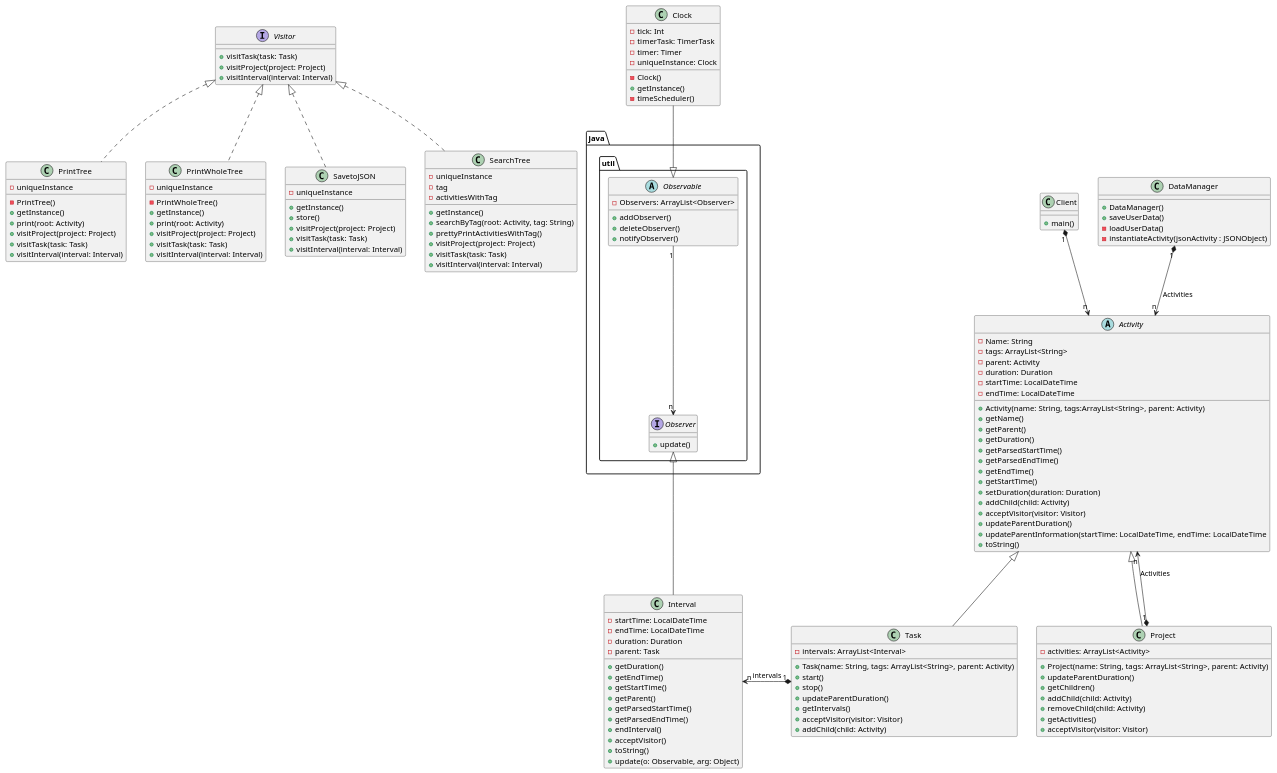
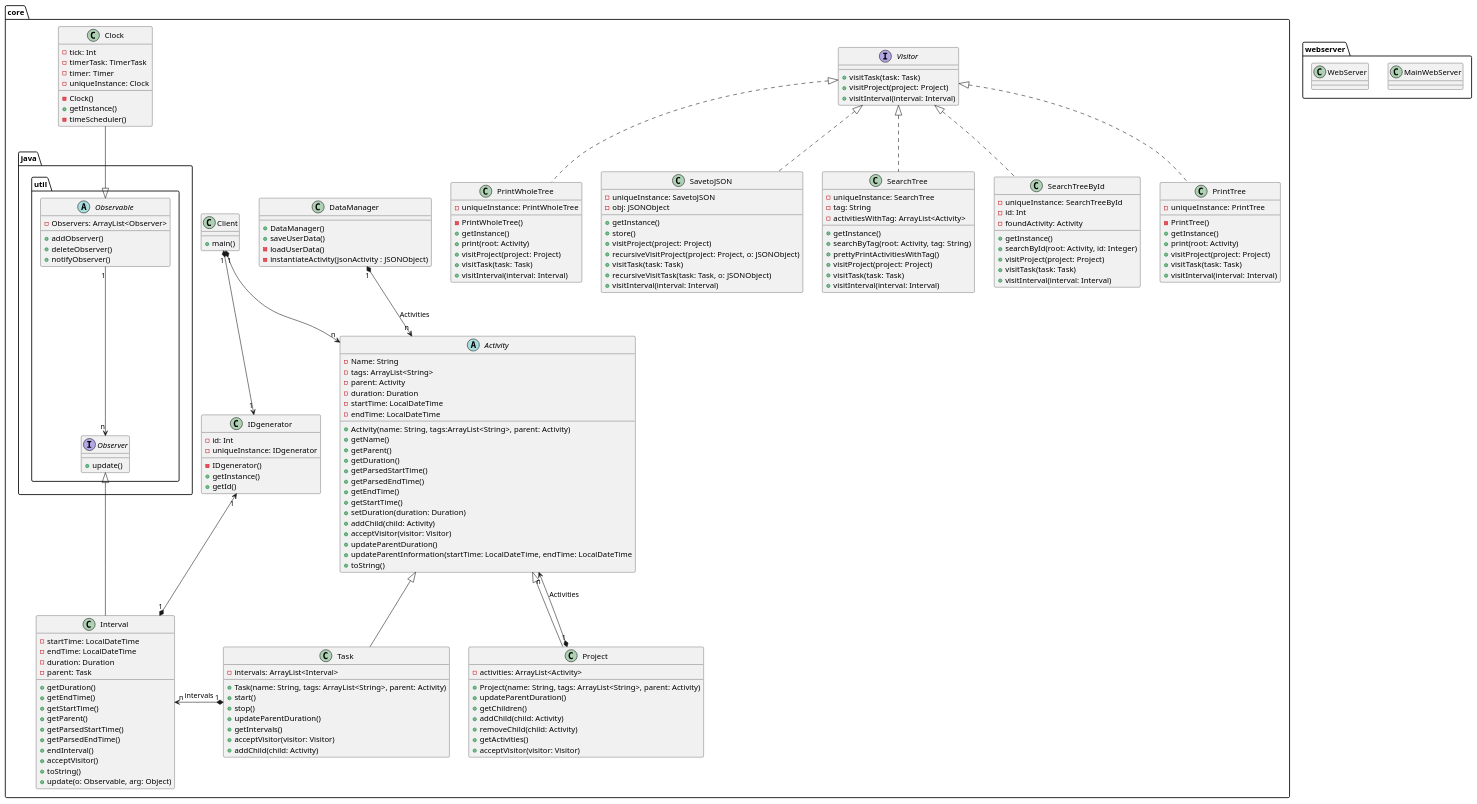
One commit to quimcamprubi/DS_Time_Tracker changed the diagram in Time_Tracker/DSTimeTracker.puml. Above: the diagram before and after it, drawn with PlantUML.

Commit message:
new puml

```diff
--- a/Time_Tracker/DSTimeTracker.puml
+++ b/Time_Tracker/DSTimeTracker.puml
@@ -1,160 +1,197 @@
 @startuml 
 
-
+package core <<Folder>> {
 abstract class Activity {
 - Name: String
 - tags: ArrayList<String>
 - parent: Activity
 - duration: Duration
 - startTime: LocalDateTime
 - endTime: LocalDateTime
 + Activity(name: String, tags:ArrayList<String>, parent: Activity)
 + getName()
 + getParent()
 + getDuration()
 + getParsedStartTime()
 + getParsedEndTime()
 + getEndTime()
 + getStartTime()
 + setDuration(duration: Duration)
 + addChild(child: Activity)
 + acceptVisitor(visitor: Visitor)
 + updateParentDuration()
 + updateParentInformation(startTime: LocalDateTime, endTime: LocalDateTime
 + toString()
 }
 
 class Project extends Activity {
 - activities: ArrayList<Activity>
 + Project(name: String, tags: ArrayList<String>, parent: Activity)
 + updateParentDuration()
 + getChildren()
 + addChild(child: Activity)
 + removeChild(child: Activity)
 + getActivities()
 + acceptVisitor(visitor: Visitor)
 }
 
 class Task extends Activity {
 - intervals: ArrayList<Interval>
 + Task(name: String, tags: ArrayList<String>, parent: Activity)
 + start()
 + stop()
 + updateParentDuration()
 + getIntervals()
 + acceptVisitor(visitor: Visitor)
 + addChild(child: Activity)
 }
 
 Interface Visitor{
 + visitTask(task: Task)
 + visitProject(project: Project)
 + visitInterval(interval: Interval)
 }
 
 class PrintTree {
-- uniqueInstance
+- uniqueInstance: PrintTree
 - PrintTree()
 + getInstance()
 + print(root: Activity)
 + visitProject(project: Project)
 + visitTask(task: Task)
 + visitInterval(interval: Interval)
 }
 
 class PrintWholeTree {
-- uniqueInstance
+- uniqueInstance: PrintWholeTree
 - PrintWholeTree()
 + getInstance()
 + print(root: Activity)
 + visitProject(project: Project)
 + visitTask(task: Task)
 + visitInterval(interval: Interval)
 }
 
 class SavetoJSON {
-- uniqueInstance
+- uniqueInstance: SavetoJSON
+- obj: JSONObject
 + getInstance()
 + store()
++ visitProject(project: Project)
++ recursiveVisitProject(project: Project, o: JSONObject)
++ visitTask(task: Task)
++ recursiveVisitTask(task: Task, o: JSONObject)
++ visitInterval(interval: Interval)
+}
+
+class SearchTree {
+- uniqueInstance: SearchTree
+- tag: String
+- activitiesWithTag: ArrayList<Activity>
++ getInstance()
++ searchByTag(root: Activity, tag: String)
++ prettyPrintActivitiesWithTag()
 + visitProject(project: Project)
 + visitTask(task: Task)
 + visitInterval(interval: Interval)
 }
 
-class SearchTree {
-- uniqueInstance
-- tag
-- activitiesWithTag
+class SearchTreeById {
+- uniqueInstance: SearchTreeById
+- id: Int
+- foundActivity: Activity
 + getInstance()
-+ searchByTag(root: Activity, tag: String)
-+ prettyPrintActivitiesWithTag()
++ searchById(root: Activity, id: Integer)
 + visitProject(project: Project)
 + visitTask(task: Task)
 + visitInterval(interval: Interval)
 }
 
 class Interval{
 - startTime: LocalDateTime
 - endTime: LocalDateTime
 - duration: Duration
 - parent: Task
 + getDuration()
 + getEndTime()
 + getStartTime()
 + getParent()
 + getParsedStartTime()
 + getParsedEndTime()
 + endInterval()
 + acceptVisitor()
 + toString()
 + update(o: Observable, arg: Object)
 }
 
 package java.util <<Folder>> {
     Interface Observer{
     + update()
     }
 
     abstract class Observable {
     - Observers: ArrayList<Observer>
     + addObserver()
     + deleteObserver()
     + notifyObserver()
     }
 }
 
 class Clock {
 - tick: Int
 - timerTask: TimerTask
 - timer: Timer
 - uniqueInstance: Clock
 - Clock()
 + getInstance()
 - timeScheduler()
 }
 
+class IDgenerator{
+- id: Int
+- uniqueInstance: IDgenerator
+- IDgenerator()
++ getInstance()
++ getId()
+}
+
 class Client {
 + main()
 }
 
 class DataManager {
 + DataManager()
 + saveUserData()
 - loadUserData()
 - instantiateActivity(jsonActivity : JSONObject)
 }
+}
 
+package webserver <<Folder>> {
+
+class MainWebServer{
+}
+
+class WebServer{
+}
+
+}
 DataManager "1" *-down-> "n" Activity: Activities
 Project "1" *-up-> "n" Activity: Activities
 Client "1" *-down-> "n" Activity
+Client "1" *-down-> "1" IDgenerator
+Interval "1" *-up-> "1" IDgenerator
+
 Task "1" *-left-> "n" Interval: intervals
 Clock -down-|> Observable
 Observable "1" -Down-> "n" Observer
 Interval -up-|> Observer
 Task -[hidden]right-> Project
 PrintTree .up.|> Visitor
 PrintWholeTree .up.|> Visitor
 SavetoJSON .up.|> Visitor
+SearchTreeById .up.|> Visitor
+
 SearchTree .up.|> Visitor
 
 @enduml
```
